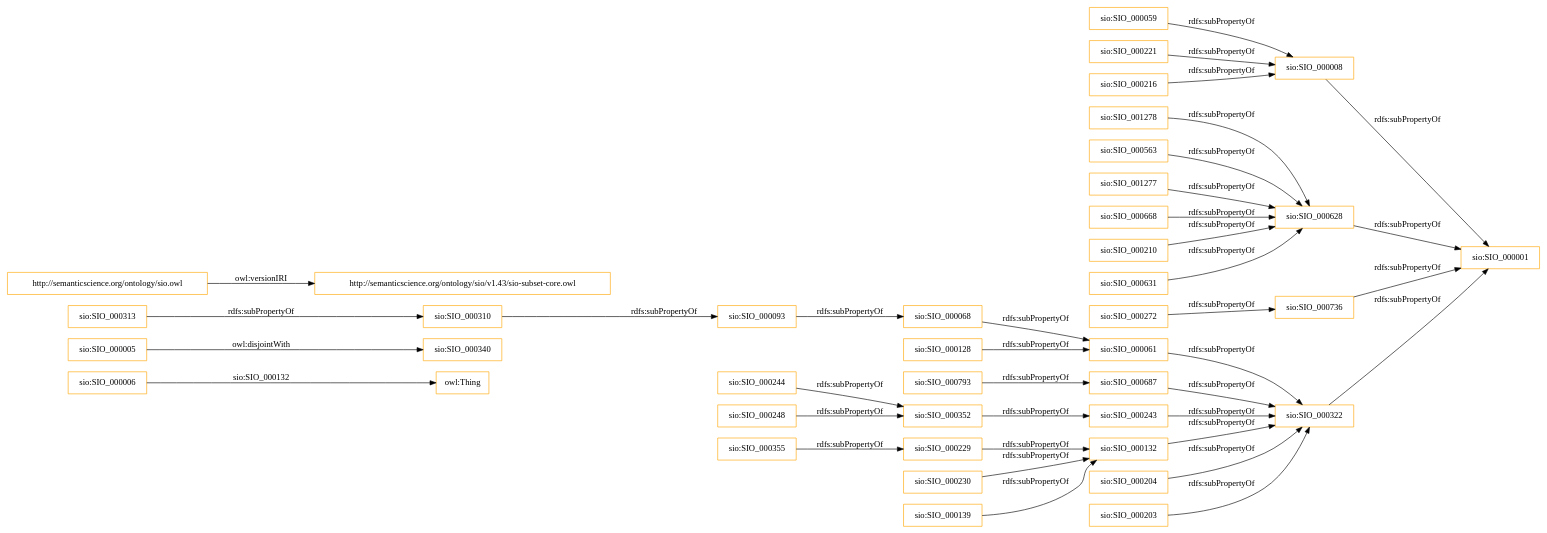
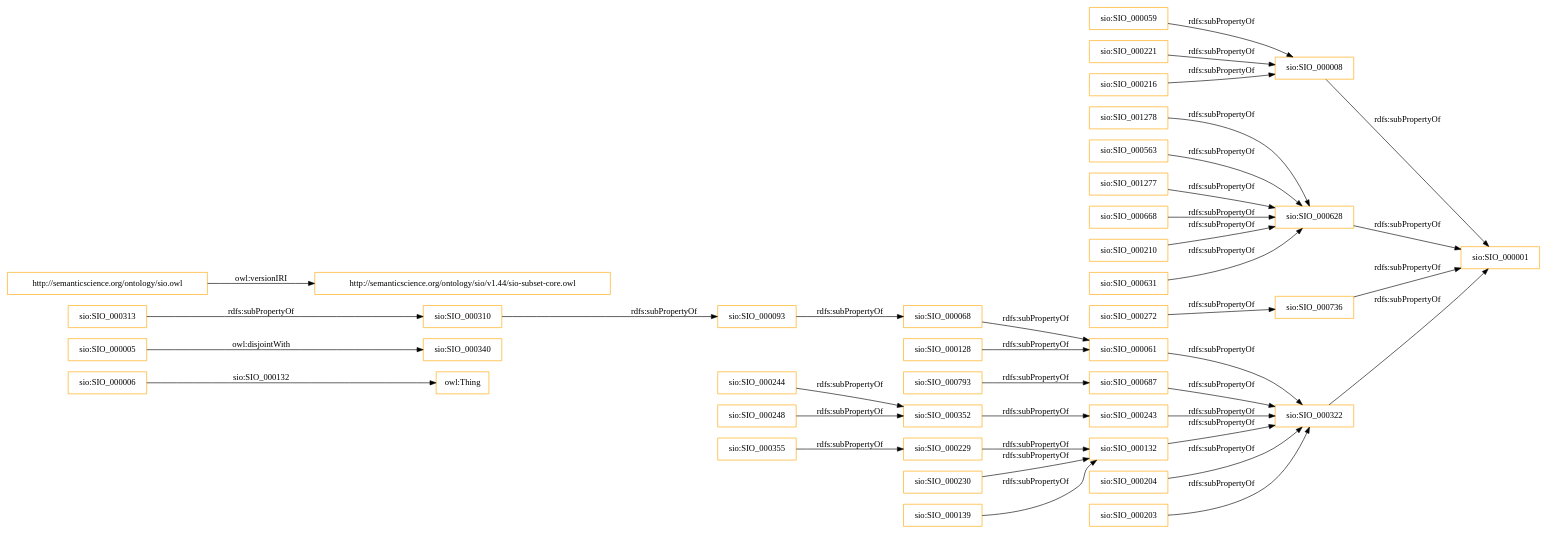
Before and after one commit to MaastrichtU-IDS/semanticscience: the diagram in OnToology/ontology/sio/release/sio-subset-core.owl/diagrams/ar2dtool-class/sio-subset-core.owl.png.dot, drawn with Graphviz. The commit also changed 127 other files, not shown here.

```diff
--- a/OnToology/ontology/sio/release/sio-subset-core.owl/diagrams/ar2dtool-class/sio-subset-core.owl.png.dot
+++ b/OnToology/ontology/sio/release/sio-subset-core.owl/diagrams/ar2dtool-class/sio-subset-core.owl.png.dot
@@ -1,42 +1,42 @@
 digraph ar2dtool_diagram { 
 rankdir=LR;
 size="1501"
 node [shape = rectangle, color="orange"]; "sio:SIO_000006" "sio:SIO_000340" "sio:SIO_000005" ; /*classes style*/
 	"sio:SIO_000355" -> "sio:SIO_000229" [ label = "rdfs:subPropertyOf" ];
 	"sio:SIO_000128" -> "sio:SIO_000061" [ label = "rdfs:subPropertyOf" ];
 	"sio:SIO_000221" -> "sio:SIO_000008" [ label = "rdfs:subPropertyOf" ];
-	"http://semanticscience.org/ontology/sio.owl" -> "http://semanticscience.org/ontology/sio/v1.43/sio-subset-core.owl" [ label = "owl:versionIRI" ];
+	"http://semanticscience.org/ontology/sio.owl" -> "http://semanticscience.org/ontology/sio/v1.44/sio-subset-core.owl" [ label = "owl:versionIRI" ];
 	"sio:SIO_000230" -> "sio:SIO_000132" [ label = "rdfs:subPropertyOf" ];
 	"sio:SIO_000310" -> "sio:SIO_000093" [ label = "rdfs:subPropertyOf" ];
 	"sio:SIO_000093" -> "sio:SIO_000068" [ label = "rdfs:subPropertyOf" ];
 	"sio:SIO_000210" -> "sio:SIO_000628" [ label = "rdfs:subPropertyOf" ];
 	"sio:SIO_000793" -> "sio:SIO_000687" [ label = "rdfs:subPropertyOf" ];
 	"sio:SIO_000216" -> "sio:SIO_000008" [ label = "rdfs:subPropertyOf" ];
 	"sio:SIO_000628" -> "sio:SIO_000001" [ label = "rdfs:subPropertyOf" ];
 	"sio:SIO_000244" -> "sio:SIO_000352" [ label = "rdfs:subPropertyOf" ];
 	"sio:SIO_000008" -> "sio:SIO_000001" [ label = "rdfs:subPropertyOf" ];
 	"sio:SIO_000272" -> "sio:SIO_000736" [ label = "rdfs:subPropertyOf" ];
 	"sio:SIO_000631" -> "sio:SIO_000628" [ label = "rdfs:subPropertyOf" ];
 	"sio:SIO_000736" -> "sio:SIO_000001" [ label = "rdfs:subPropertyOf" ];
 	"sio:SIO_000352" -> "sio:SIO_000243" [ label = "rdfs:subPropertyOf" ];
 	"sio:SIO_000243" -> "sio:SIO_000322" [ label = "rdfs:subPropertyOf" ];
 	"sio:SIO_000139" -> "sio:SIO_000132" [ label = "rdfs:subPropertyOf" ];
 	"sio:SIO_000313" -> "sio:SIO_000310" [ label = "rdfs:subPropertyOf" ];
 	"sio:SIO_000248" -> "sio:SIO_000352" [ label = "rdfs:subPropertyOf" ];
 	"sio:SIO_000059" -> "sio:SIO_000008" [ label = "rdfs:subPropertyOf" ];
 	"sio:SIO_000204" -> "sio:SIO_000322" [ label = "rdfs:subPropertyOf" ];
 	"sio:SIO_000229" -> "sio:SIO_000132" [ label = "rdfs:subPropertyOf" ];
 	"sio:SIO_000322" -> "sio:SIO_000001" [ label = "rdfs:subPropertyOf" ];
 	"sio:SIO_001278" -> "sio:SIO_000628" [ label = "rdfs:subPropertyOf" ];
 	"sio:SIO_000068" -> "sio:SIO_000061" [ label = "rdfs:subPropertyOf" ];
 	"sio:SIO_000061" -> "sio:SIO_000322" [ label = "rdfs:subPropertyOf" ];
 	"sio:SIO_000132" -> "sio:SIO_000322" [ label = "rdfs:subPropertyOf" ];
 	"sio:SIO_000005" -> "sio:SIO_000340" [ label = "owl:disjointWith" ];
 	"sio:SIO_000687" -> "sio:SIO_000322" [ label = "rdfs:subPropertyOf" ];
 	"sio:SIO_000563" -> "sio:SIO_000628" [ label = "rdfs:subPropertyOf" ];
 	"sio:SIO_000203" -> "sio:SIO_000322" [ label = "rdfs:subPropertyOf" ];
 	"sio:SIO_001277" -> "sio:SIO_000628" [ label = "rdfs:subPropertyOf" ];
 	"sio:SIO_000668" -> "sio:SIO_000628" [ label = "rdfs:subPropertyOf" ];
 	"sio:SIO_000006" -> "owl:Thing" [ label = "sio:SIO_000132" ];
 
 }
```
